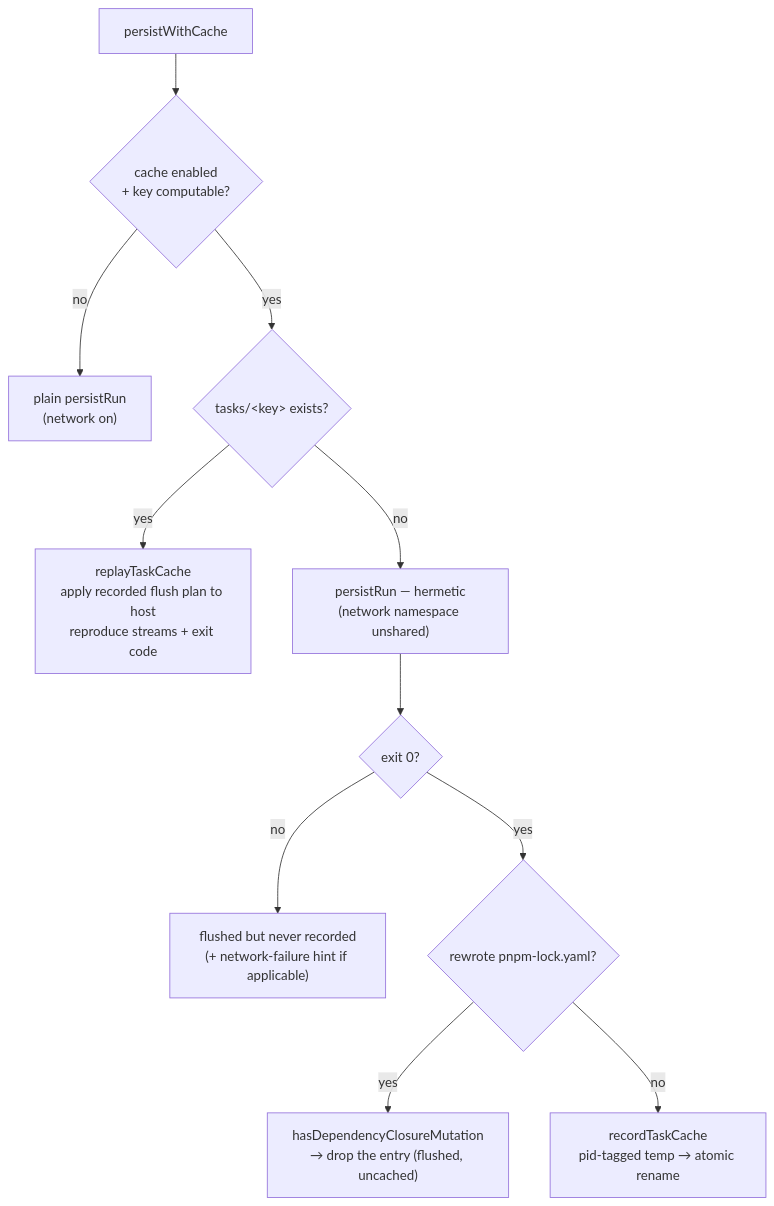
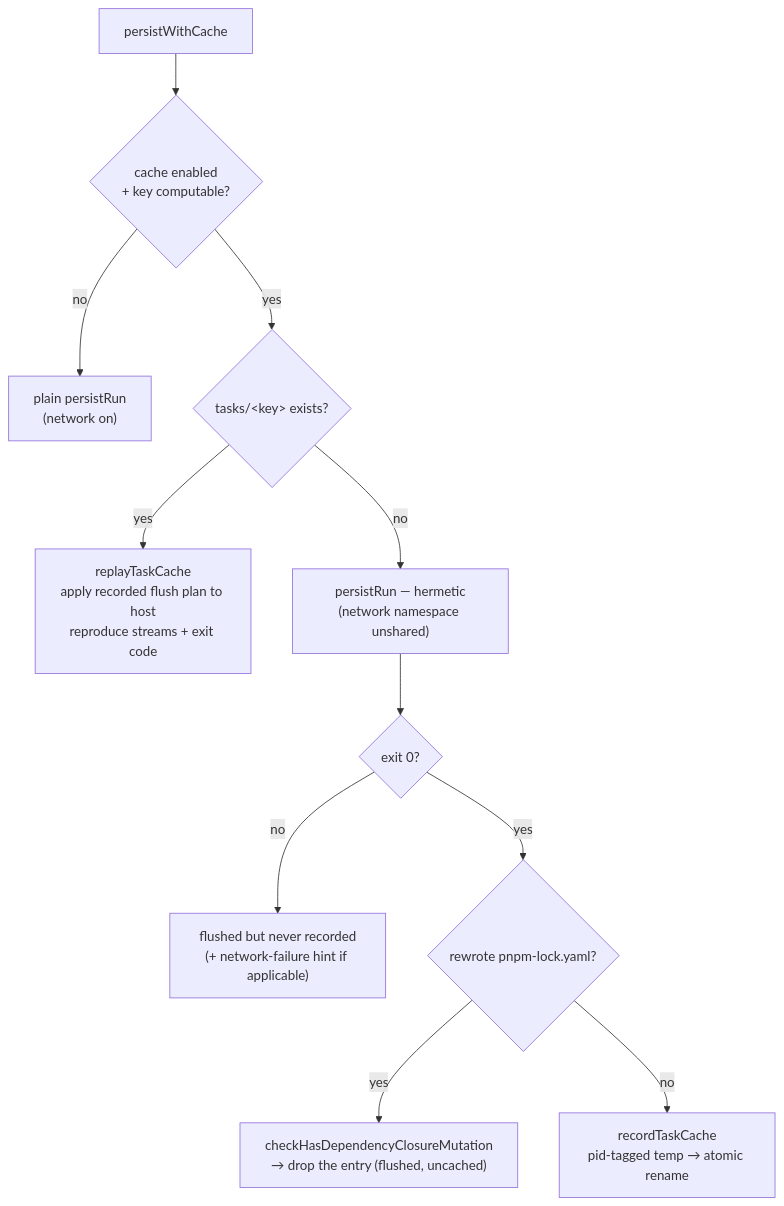
One commit to Esposter/Esposter changed the diagram in packages/app/content/docs/virrun/task-cache.md. Above: the diagram before and after it, drawn with Mermaid. The commit also changed other lines of this file and 45 other files, not shown here.

````diff
--- a/packages/app/content/docs/virrun/task-cache.md
+++ b/packages/app/content/docs/virrun/task-cache.md
@@ -14,13 +14,13 @@
 ```mermaid
 flowchart TB
     run["persistWithCache"] --> enabled{"cache enabled<br/>+ key computable?"}
     enabled -->|no| plain["plain persistRun<br/>(network on)"]
     enabled -->|yes| hit{"tasks/&lt;key&gt; exists?"}
     hit -->|yes| replay["replayTaskCache<br/>apply recorded flush plan to host<br/>reproduce streams + exit code"]
     hit -->|no| exec["persistRun — hermetic<br/>(network namespace unshared)"]
     exec --> code{"exit 0?"}
     code -->|no| skip["flushed but never recorded<br/>(+ network-failure hint if applicable)"]
     code -->|yes| closure{"rewrote pnpm-lock.yaml?"}
-    closure -->|yes| drop["hasDependencyClosureMutation<br/>→ drop the entry (flushed, uncached)"]
+    closure -->|yes| drop["checkHasDependencyClosureMutation<br/>→ drop the entry (flushed, uncached)"]
     closure -->|no| record["recordTaskCache<br/>pid-tagged temp → atomic rename"]
 ```
````
